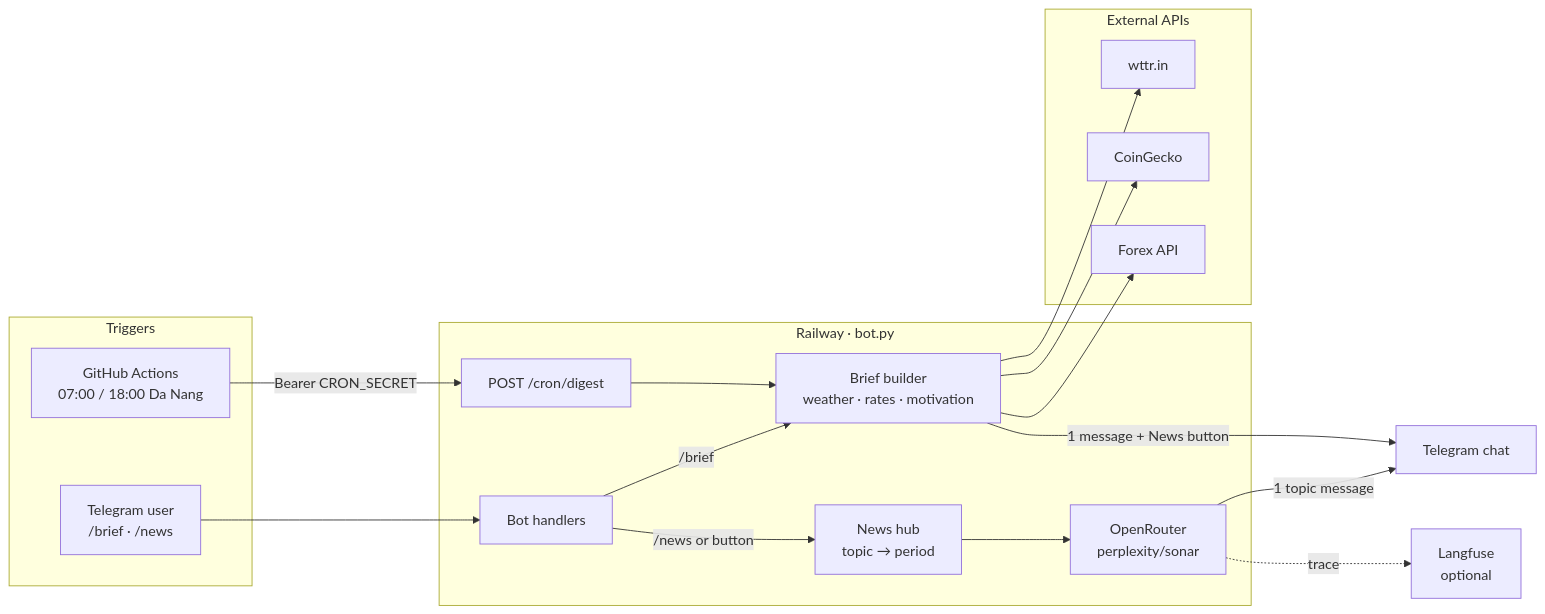
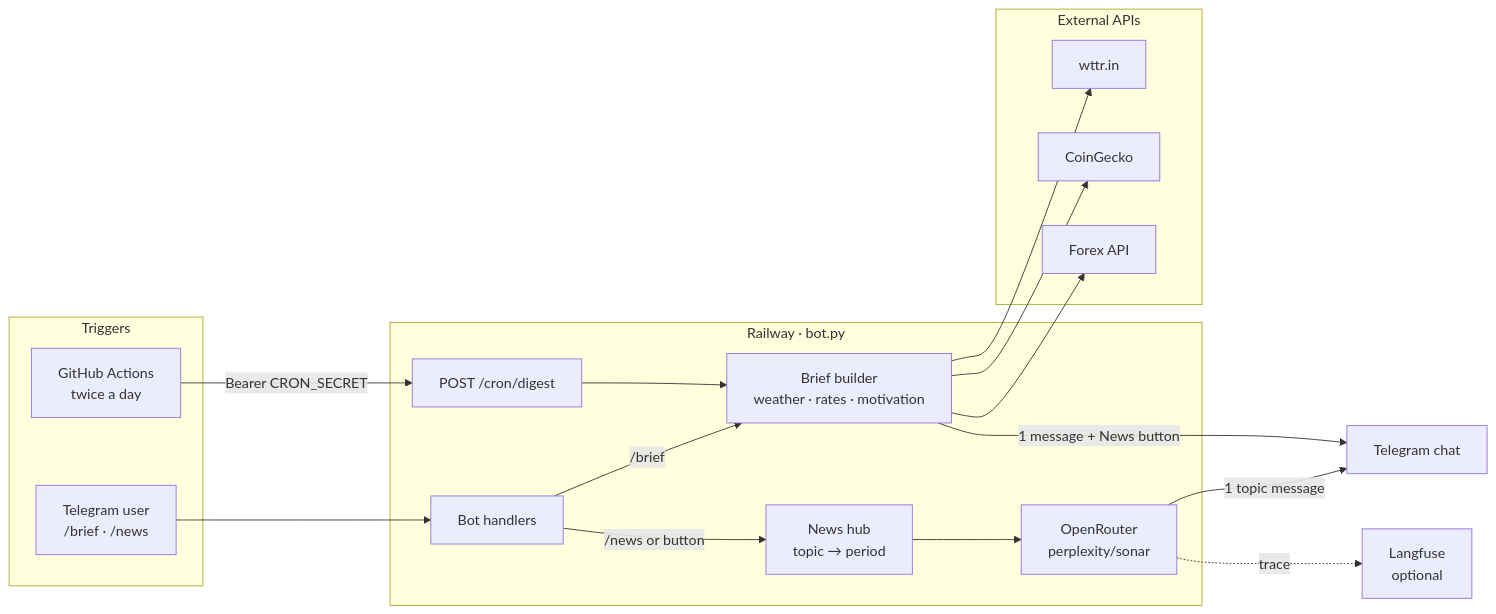
The diagram in README.md (cheslav-zhur/my-daily-digest), drawn with Mermaid before and after one commit. The commit also changed 3 other files, not shown here.

````diff
--- a/README.md
+++ b/README.md
@@ -34,35 +34,35 @@
 ```mermaid
 flowchart LR
   subgraph triggers [Triggers]
-    GHA[GitHub Actions<br/>07:00 / 18:00 Da Nang]
+    GHA[GitHub Actions<br/>twice a day]
     User[Telegram user<br/>/brief · /news]
   end
 
   subgraph railway [Railway · bot.py]
     Cron["POST /cron/digest"]
     Bot[Bot handlers]
     Brief[Brief builder<br/>weather · rates · motivation]
     News[News hub<br/>topic → period]
     OR[OpenRouter<br/>perplexity/sonar]
   end
 
   subgraph sources [External APIs]
     Wttr[wttr.in]
     CG[CoinGecko]
     FX[Forex API]
   end
 
   TG[Telegram chat]
   LF[Langfuse<br/>optional]
 
   GHA -->|Bearer CRON_SECRET| Cron
   User --> Bot
   Cron --> Brief
   Bot -->|/brief| Brief
   Bot -->|/news or button| News
   Brief --> Wttr & CG & FX
   Brief -->|1 message + News button| TG
   News --> OR
   OR -.->|trace| LF
   OR -->|1 topic message| TG
 ```
````
